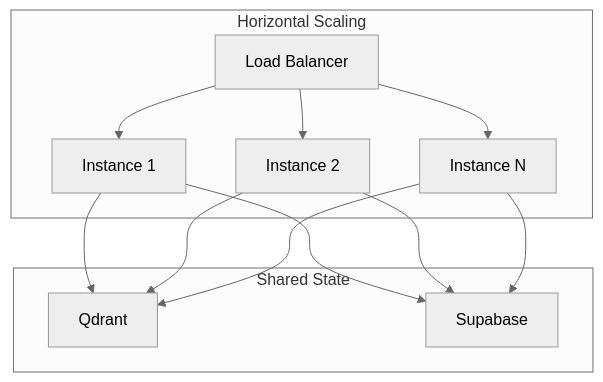
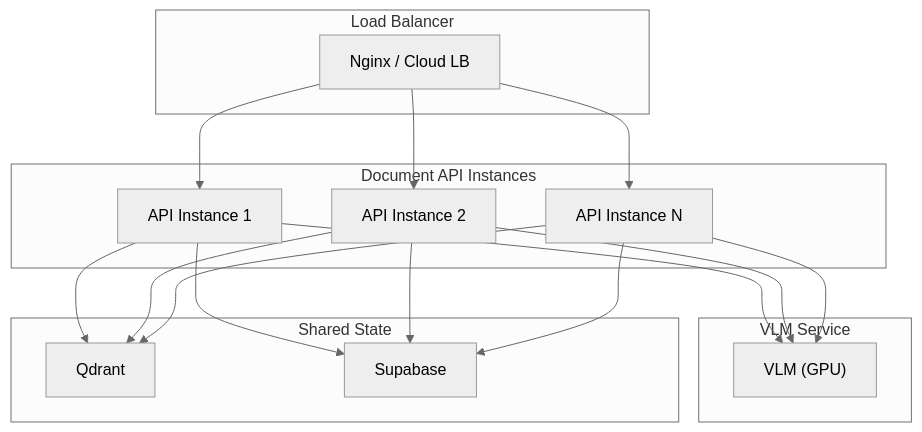
One commit to akosgintl/colpali-rag-app changed the third of 3 diagrams in docs/deployment.md. Above: the diagram before and after it, drawn with Mermaid (neutral theme). The commit also changed other lines of this file and 84 other files, not shown here.

Commit message:
refactored to document-api and colpali-vlm projects

````diff
--- a/docs/deployment.md
+++ b/docs/deployment.md
@@ -430,26 +269,37 @@
 ```mermaid
 graph TD
-    subgraph Horizontal["Horizontal Scaling"]
-        LB["Load Balancer"]
-        I1["Instance 1"]
-        I2["Instance 2"]
-        I3["Instance N"]
+    subgraph LB["Load Balancer"]
+        Balancer["Nginx / Cloud LB"]
+    end
+
+    subgraph API["Document API Instances"]
+        I1["API Instance 1"]
+        I2["API Instance 2"]
+        I3["API Instance N"]
+    end
+
+    subgraph VLM["VLM Service"]
+        V1["VLM (GPU)"]
     end
 
     subgraph Shared["Shared State"]
         Qdrant["Qdrant"]
         Supabase["Supabase"]
     end
 
-    LB --> I1
-    LB --> I2
-    LB --> I3
+    Balancer --> I1
+    Balancer --> I2
+    Balancer --> I3
+
+    I1 --> V1
+    I2 --> V1
+    I3 --> V1
 
     I1 --> Qdrant
     I2 --> Qdrant
     I3 --> Qdrant
 
     I1 --> Supabase
     I2 --> Supabase
     I3 --> Supabase
 ```
````
